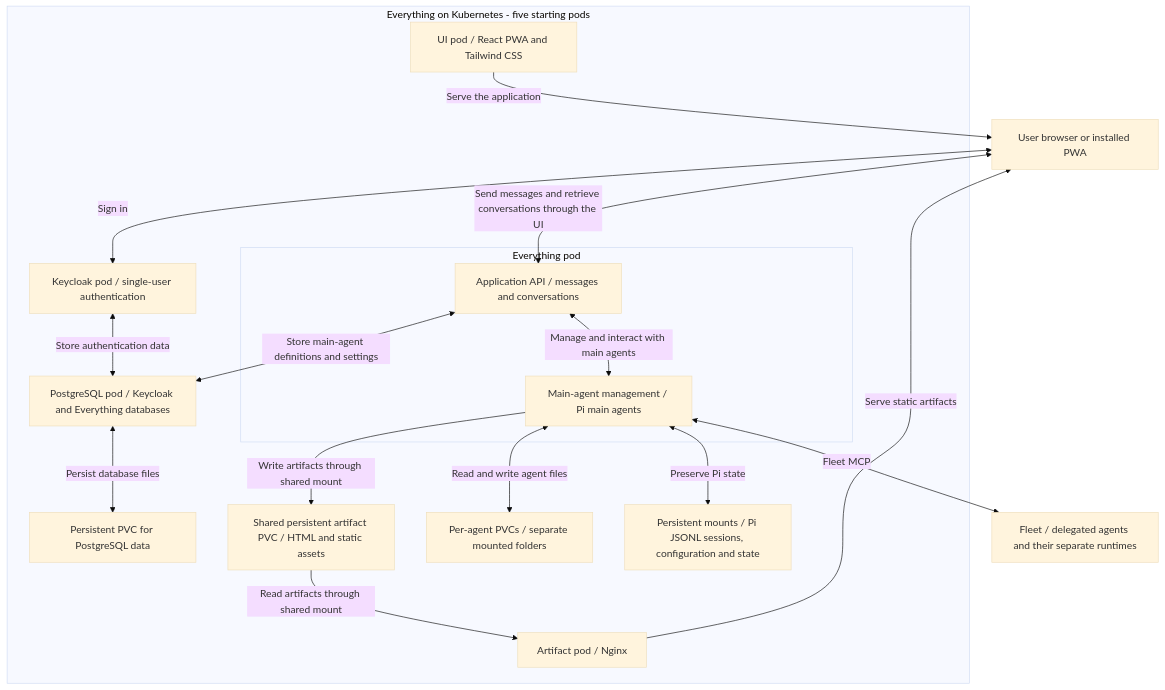
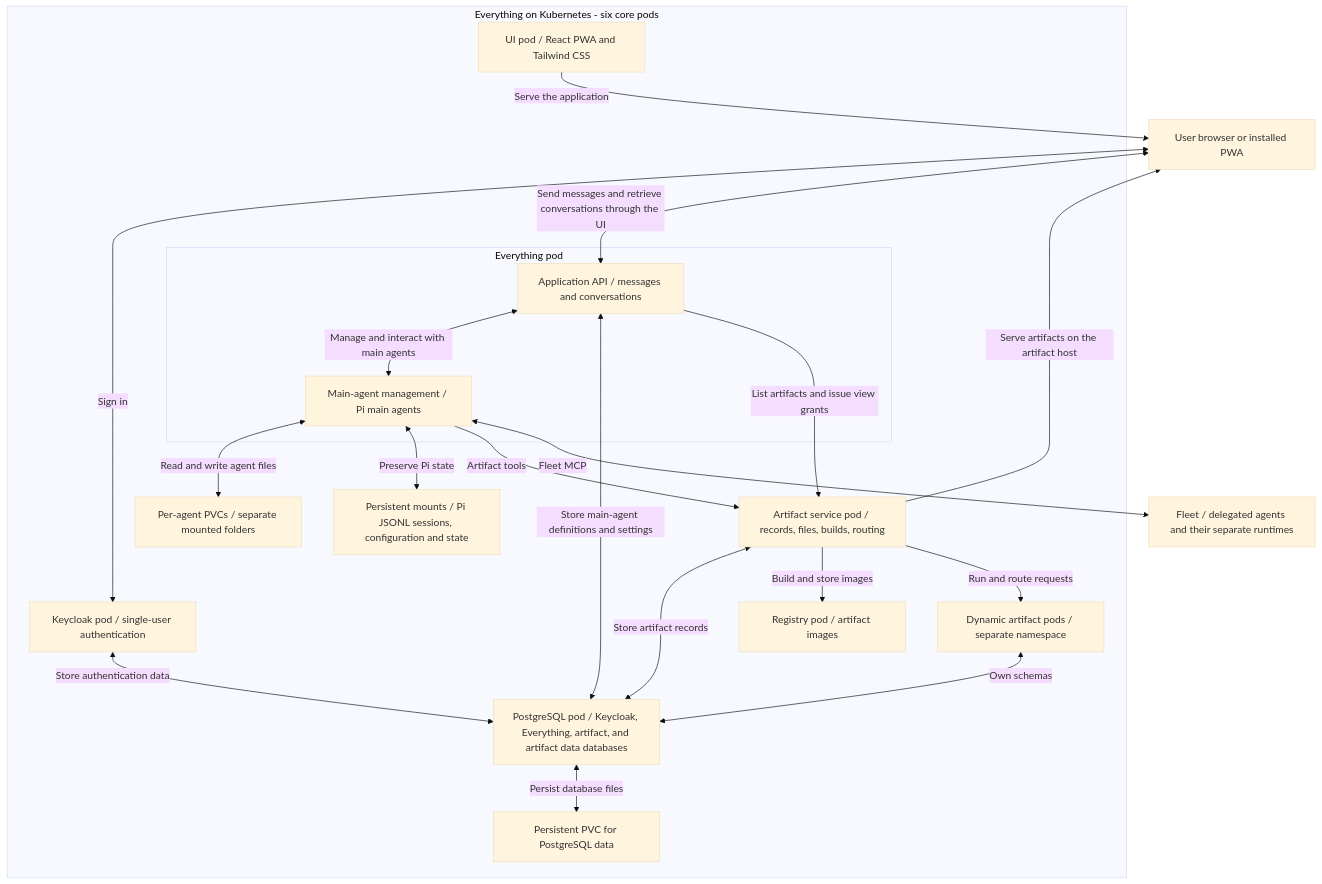
The second of 3 diagrams in planning/documents/architecture.md (BenjaminBenetti/everything), drawn with Mermaid (base theme) before and after one commit. The commit also changed other lines of this file and 190 other files, not shown here.

````diff
--- a/planning/documents/architecture.md
+++ b/planning/documents/architecture.md
@@ -69,31 +50,36 @@
 ```mermaid
 flowchart TD
     B["User browser or installed PWA"]
-    subgraph K8S["Everything on Kubernetes - five starting pods"]
+    subgraph K8S["Everything on Kubernetes - six core pods"]
         UI["UI pod / React PWA and Tailwind CSS"]
         KC["Keycloak pod / single-user authentication"]
-        PG["PostgreSQL pod / Keycloak and Everything databases"]
+        PG["PostgreSQL pod / Keycloak, Everything, artifact, and artifact data databases"]
         PGV["Persistent PVC for PostgreSQL data"]
         KC <-->|"Store authentication data"| PG
         PG <-->|"Persist database files"| PGV
         subgraph EP["Everything pod"]
             API["Application API / messages and conversations"]
             M["Main-agent management / Pi main agents"]
             API <-->|"Manage and interact with main agents"| M
         end
         API <-->|"Store main-agent definitions and settings"| PG
-        ART["Artifact pod / Nginx"]
-        H["Shared persistent artifact PVC / HTML and static assets"]
         P["Per-agent PVCs / separate mounted folders"]
         C["Persistent mounts / Pi JSONL sessions, configuration and state"]
         M <-->|"Read and write agent files"| P
         M <-->|"Preserve Pi state"| C
-        M -->|"Write artifacts through shared mount"| H
-        H -->|"Read artifacts through shared mount"| ART
+        ART["Artifact service pod / records, files, builds, routing"]
+        REG["Registry pod / artifact images"]
+        AP["Dynamic artifact pods / separate namespace"]
+        M -->|"Artifact tools"| ART
+        API -->|"List artifacts and issue view grants"| ART
+        ART <-->|"Store artifact records"| PG
+        ART -->|"Build and store images"| REG
+        ART -->|"Run and route requests"| AP
+        AP <-->|"Own schemas"| PG
     end
     UI -->|"Serve the application"| B
-    ART -->|"Serve static artifacts"| B
+    ART -->|"Serve artifacts on the artifact host"| B
     B <-->|"Sign in"| KC
     B <-->|"Send messages and retrieve conversations through the UI"| API
     M <-->|"Fleet MCP"| F["Fleet / delegated agents and their separate runtimes"]
 ```
````
